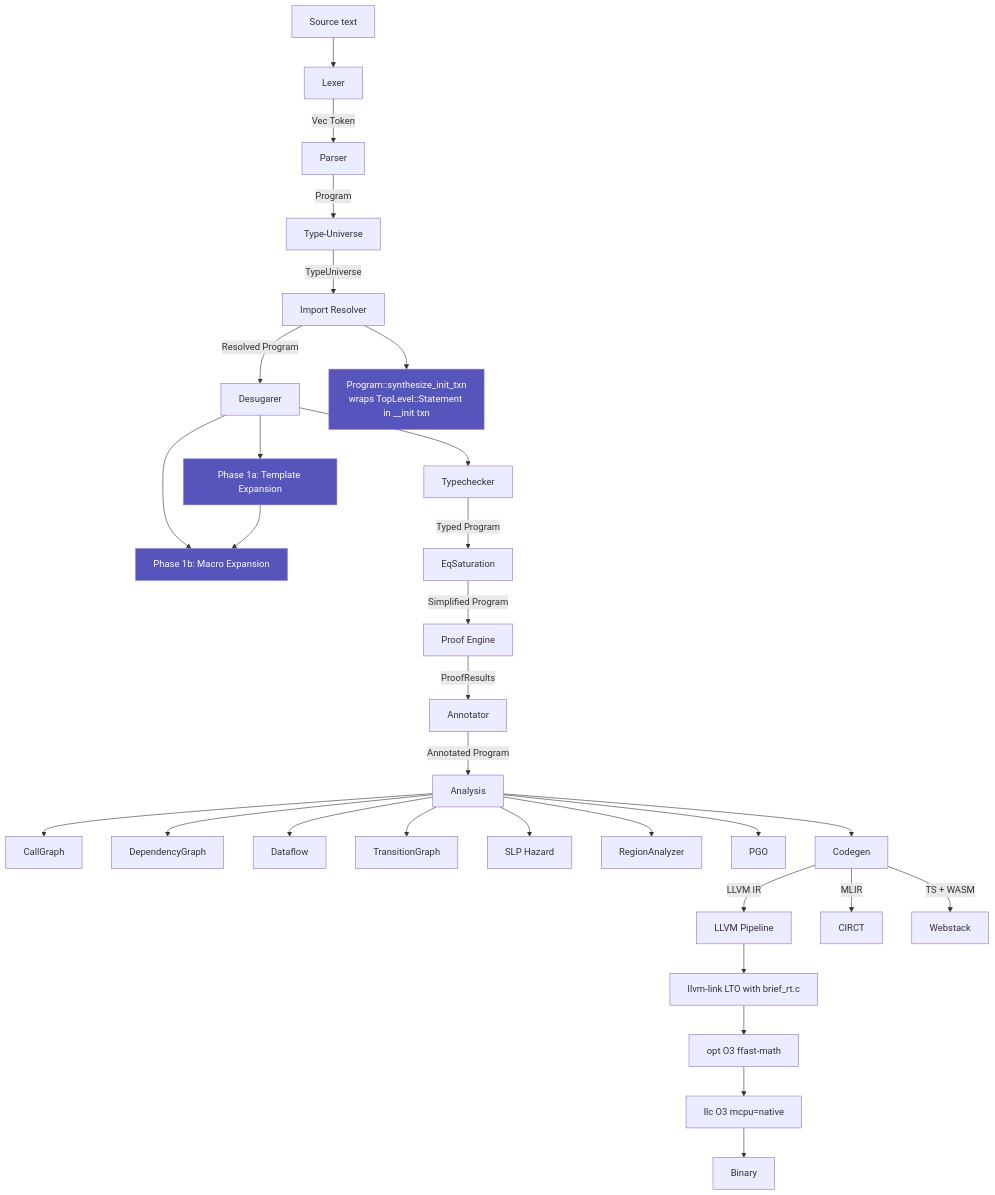
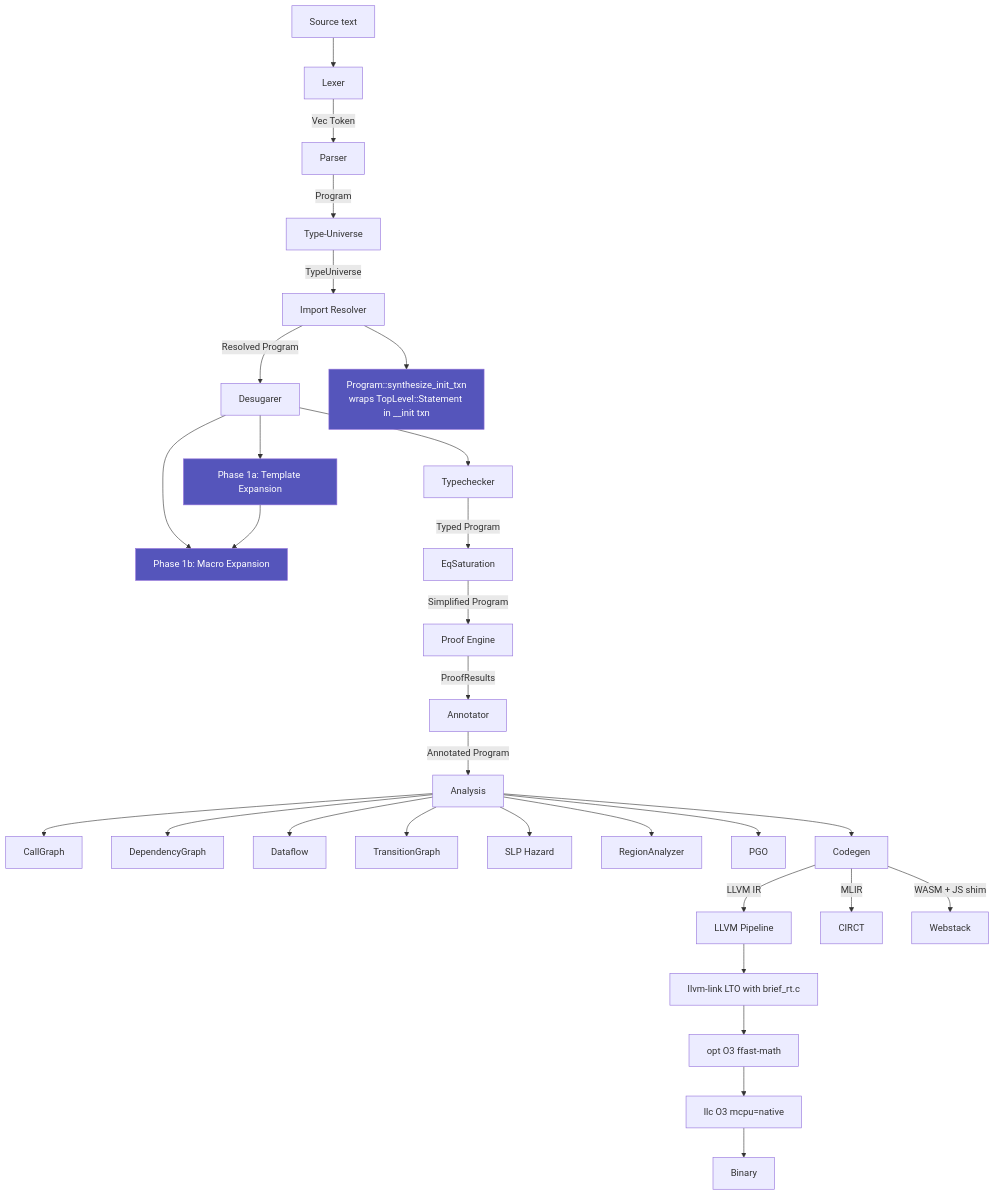
One commit to Randozart/brief-lang changed the first of 6 diagrams in docs/architecture/channel-map.md. Above: the diagram before and after it, drawn with Mermaid. The commit also changed 4 other files, not shown here.

First line of the commit message:
2026-07-26: Update architecture docs for webstack v2 migration

````diff
--- a/docs/architecture/channel-map.md
+++ b/docs/architecture/channel-map.md
@@ -7,42 +7,42 @@
 ```mermaid
 graph TD
     S[Source text] --> Lex[Lexer]
     Lex -->|Vec Token| Par[Parser]
     Par -->|Program| TU[Type-Universe]
     TU -->|TypeUniverse| IR[Import Resolver]
     IR -->|Resolved Program| Des[Desugarer]
 
     IR --> Init[Program::synthesize_init_txn<br>wraps TopLevel::Statement in __init txn]
 
     Des --> T1a[Phase 1a: Template Expansion]
     Des --> T1b[Phase 1b: Macro Expansion]
     T1a --> T1b
 
     Des --> TC[Typechecker]
     TC -->|Typed Program| Eq[EqSaturation]
     Eq -->|Simplified Program| PE[Proof Engine]
     PE -->|ProofResults| An[Annotator]
     An -->|Annotated Program| Anl[Analysis]
 
     Anl --> CG[CallGraph]
     Anl --> DG[DependencyGraph]
     Anl --> DF[Dataflow]
     Anl --> TG[TransitionGraph]
     Anl --> SLP[SLP Hazard]
     Anl --> RA[RegionAnalyzer]
     Anl --> PGO[PGO]
 
     Anl --> Codegen[Codegen]
     Codegen -->|LLVM IR| LLVM[LLVM Pipeline]
     Codegen -->|MLIR| CIRCT[CIRCT]
-    Codegen -->|TS + WASM| Web[Webstack]
+    Codegen -->|WASM + JS shim| Web[Webstack]
 
     LLVM --> Link[llvm-link LTO with brief_rt.c]
     Link --> Opt[opt O3 ffast-math]
     Opt --> LLC[llc O3 mcpu=native]
     LLC --> Bin[Binary]
 
     style Init fill:#55b,color:#fff
     style T1a fill:#55b,color:#fff
     style T1b fill:#55b,color:#fff
 ```
````
